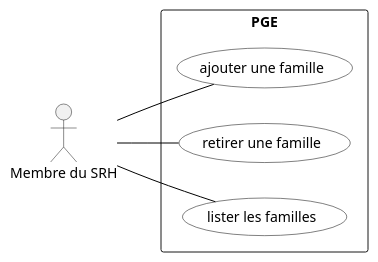
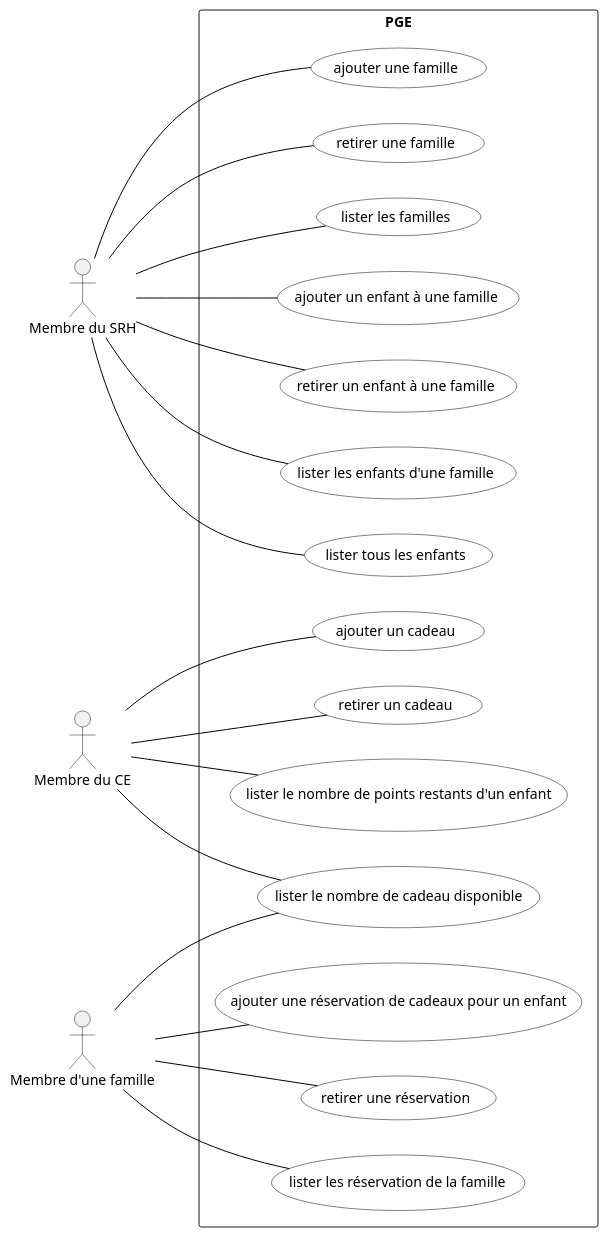
One commit to yasminebelmaaziz/dev_logiciel changed the diagram in Diagrammes/pge_uml_diag_cas_utilisation.pu. Above: the diagram before and after it, drawn with PlantUML. The commit also changed 15 other files, not shown here.

Commit message:
ajout du diagramme des cas d'utilisation

```diff
--- a/Diagrammes/pge_uml_diag_cas_utilisation.pu
+++ b/Diagrammes/pge_uml_diag_cas_utilisation.pu
@@ -1,18 +1,32 @@
 @startuml
 skinparam usecase {
 BackgroundColor White
 BorderColor Black
 ArrowColor Black
 ActorBackgroundColor<< Human >> Gold
 }
 
 left to right direction
 
 actor RH as "Membre du SRH"
+actor CE as "Membre du CE"
+actor Famille as "Membre d'une famille"
 
 rectangle "PGE" {
 :RH: -- (ajouter une famille)
 :RH: -- (retirer une famille)
 :RH: -- (lister les familles)
+:RH: -- (ajouter un enfant à une famille)
+:RH: -- (retirer un enfant à une famille)
+:RH: -- (lister les enfants d'une famille)
+:RH: -- (lister tous les enfants)
+:CE: -- (ajouter un cadeau)
+:CE: -- (retirer un cadeau)
+:CE: -- (lister le nombre de points restants d'un enfant)
+:CE: -- (lister le nombre de cadeau disponible)
+:Famille: --(ajouter une réservation de cadeaux pour un enfant)
+:Famille: --(retirer une réservation)
+:Famille: --(lister le nombre de cadeau disponible)
+:Famille: --(lister les réservation de la famille)
 }
 @enduml
```
